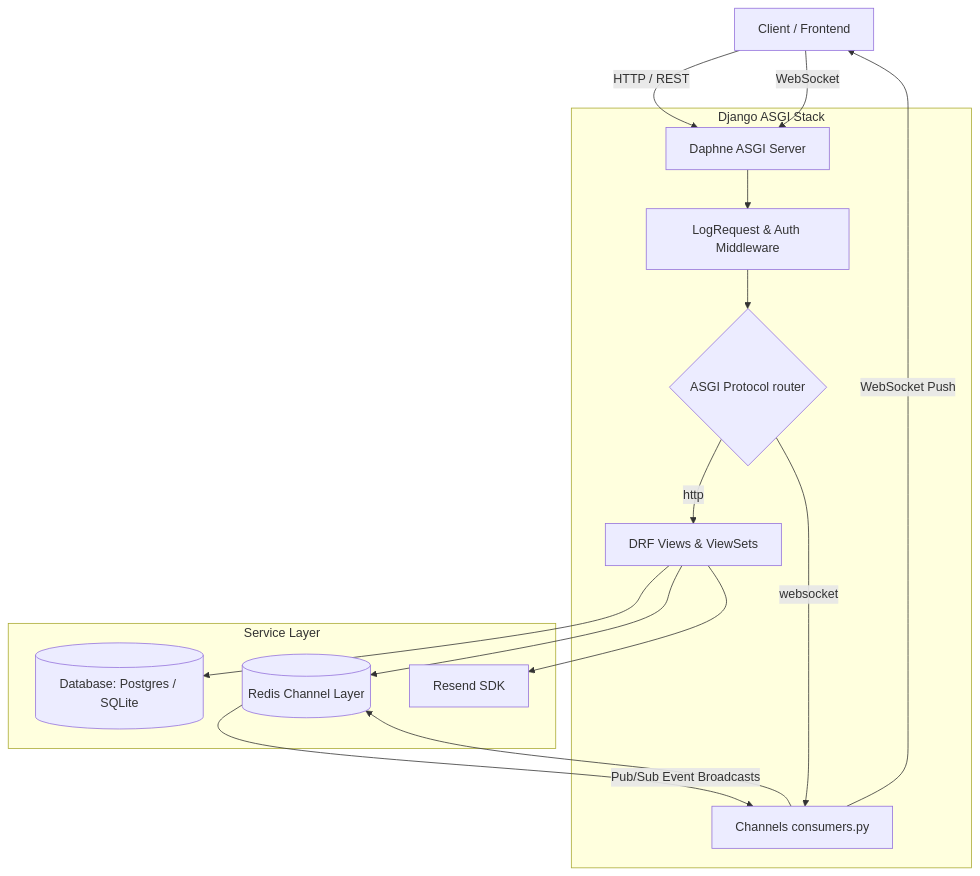
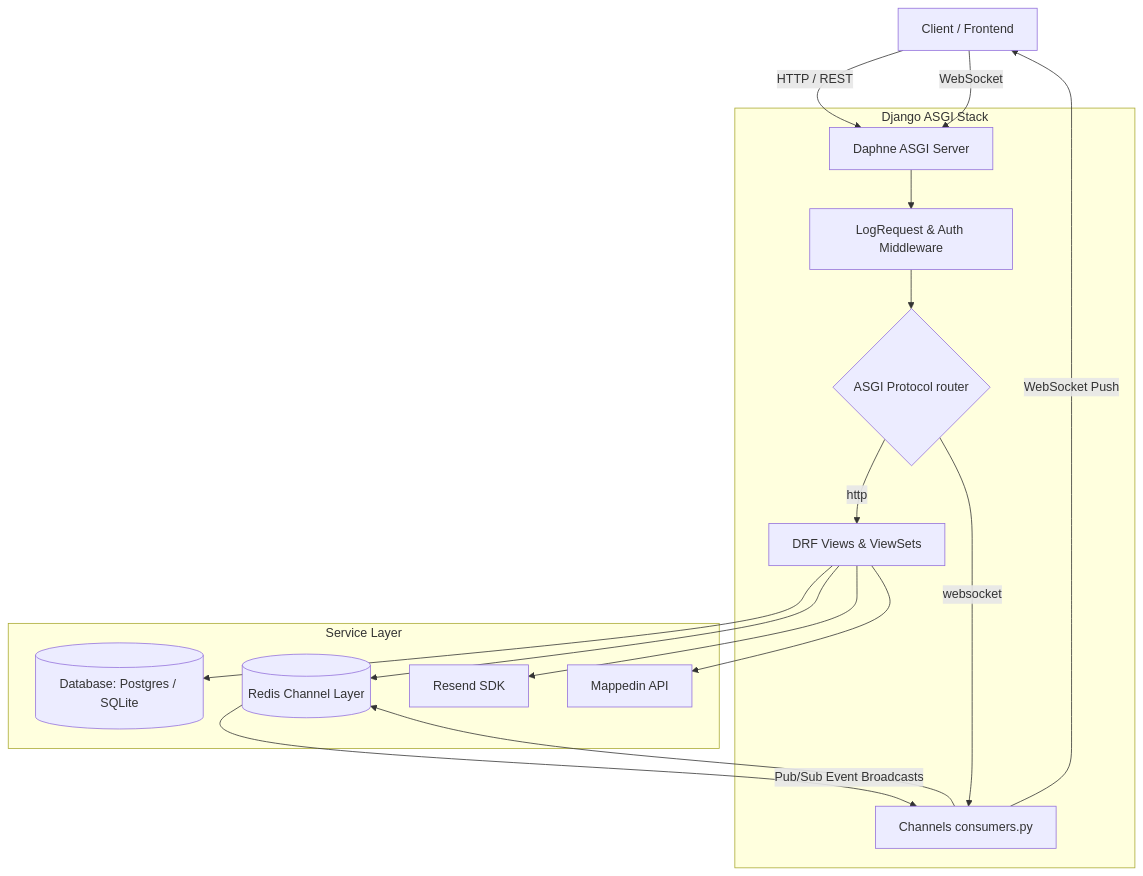
The diagram in doc/architectural_flow.md (xexcyte-proxie/fplaces-backend), drawn with Mermaid before and after one commit. The commit also changed other lines of this file and 24 other files, not shown here.

````diff
--- a/doc/architectural_flow.md
+++ b/doc/architectural_flow.md
@@ -11,23 +11,24 @@
 ```mermaid
 graph TD
     Client[Client / Frontend] -->|HTTP / REST| WebServer[Daphne ASGI Server]
     Client -->|WebSocket| WebServer
 
     subgraph Django ASGI Stack
         WebServer --> Middleware[LogRequest & Auth Middleware]
         Middleware --> Router{ASGI Protocol router}
 
         Router -->|http| WSGI[DRF Views & ViewSets]
         Router -->|websocket| ASGI[Channels consumers.py]
     end
 
     subgraph Service Layer
         WSGI --> DB[(Database: Postgres / SQLite)]
         WSGI --> Redis[(Redis Channel Layer)]
         ASGI --> Redis
         WSGI --> EmailService[Resend SDK]
+        WSGI --> Mappedin[Mappedin API]
     end
 
     Redis -->|Pub/Sub Event Broadcasts| ASGI
     ASGI -->|WebSocket Push| Client
 ```
````
